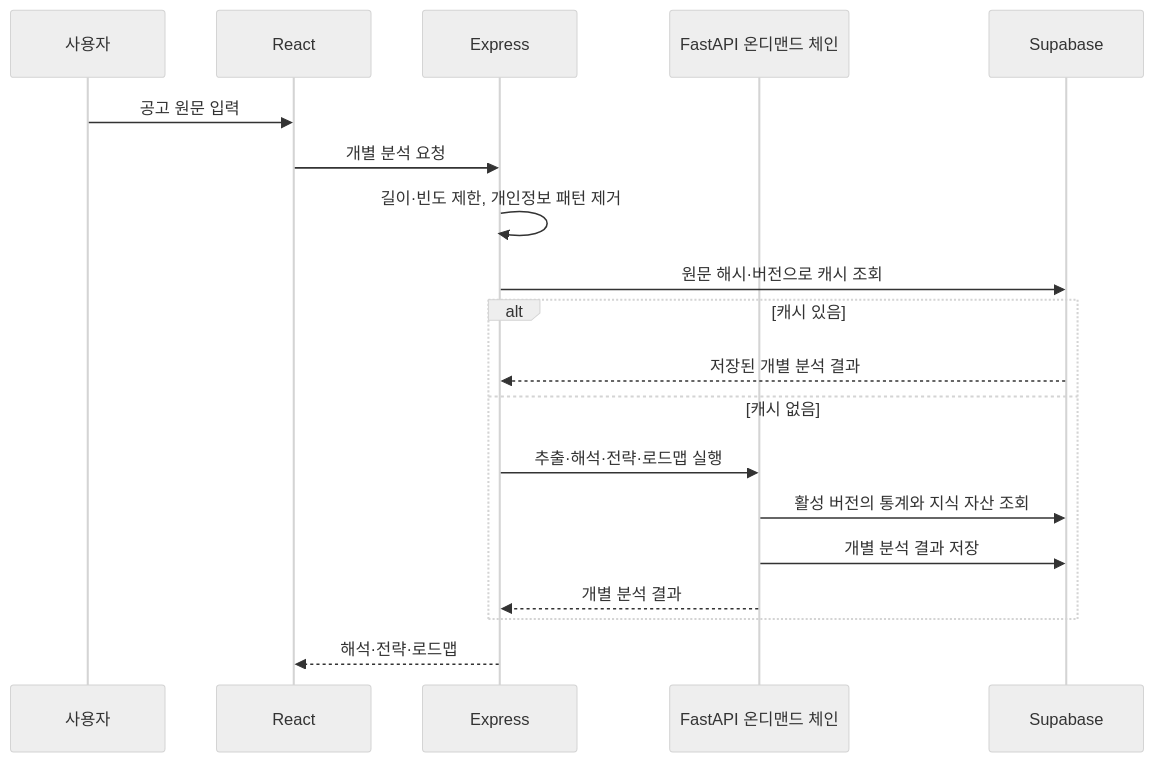
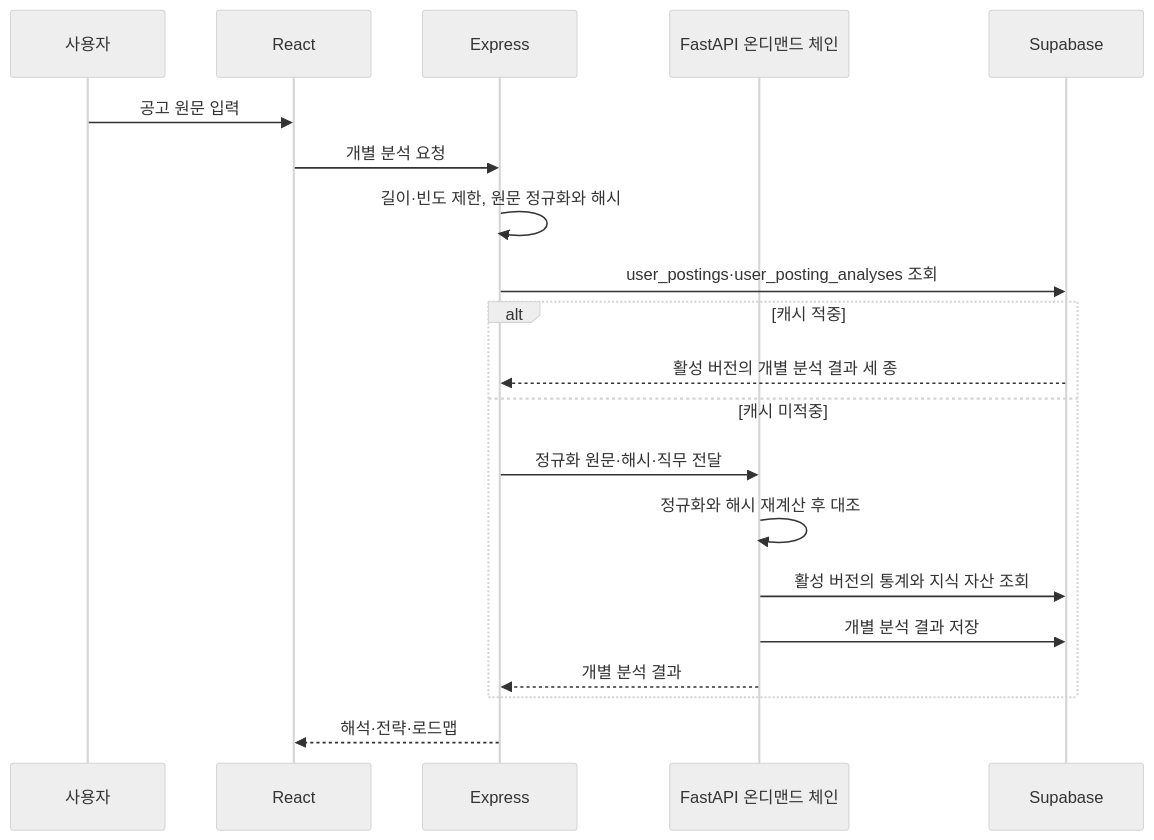
Before and after one commit to Mureung1/hub-showcase: the fifth of 5 diagrams in docs/architecture.md, drawn with Mermaid (neutral theme). The commit also changed other lines of this file and 26 other files, not shown here.

````diff
--- a/docs/architecture.md
+++ b/docs/architecture.md
@@ -431,22 +467,23 @@
 ```mermaid
 sequenceDiagram
     participant User as 사용자
     participant UI as React
     participant API as Express
     participant Agent as FastAPI 온디맨드 체인
     participant DB as Supabase
 
     User->>UI: 공고 원문 입력
     UI->>API: 개별 분석 요청
-    API->>API: 길이·빈도 제한, 개인정보 패턴 제거
-    API->>DB: 원문 해시·버전으로 캐시 조회
-    alt 캐시 있음
-        DB-->>API: 저장된 개별 분석 결과
-    else 캐시 없음
-        API->>Agent: 추출·해석·전략·로드맵 실행
+    API->>API: 길이·빈도 제한, 원문 정규화와 해시
+    API->>DB: user_postings·user_posting_analyses 조회
+    alt 캐시 적중
+        DB-->>API: 활성 버전의 개별 분석 결과 세 종
+    else 캐시 미적중
+        API->>Agent: 정규화 원문·해시·직무 전달
+        Agent->>Agent: 정규화와 해시 재계산 후 대조
         Agent->>DB: 활성 버전의 통계와 지식 자산 조회
         Agent->>DB: 개별 분석 결과 저장
         Agent-->>API: 개별 분석 결과
     end
     API-->>UI: 해석·전략·로드맵
 ```
````
